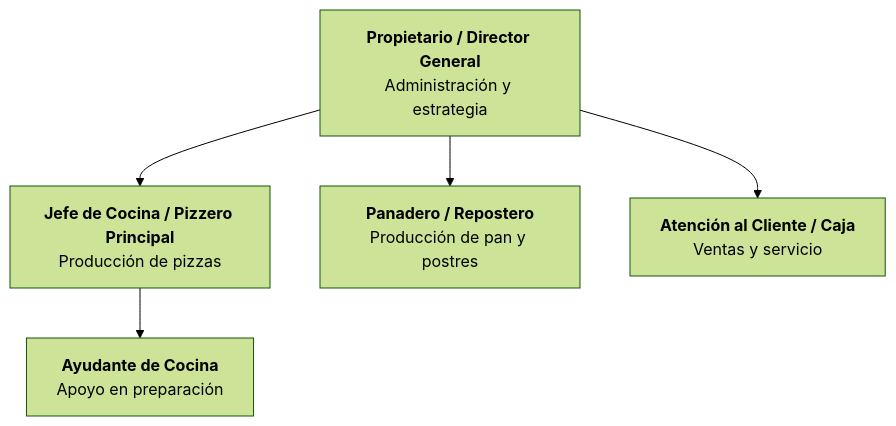
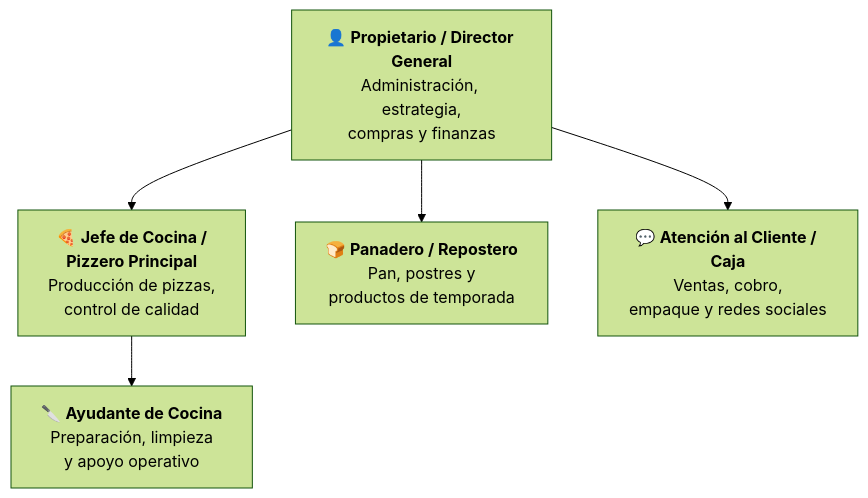
The diagram in rustico_empresa.md (HesusG/rustico), drawn with Mermaid (forest theme) before and after one commit. The commit also changed other lines of this file, not shown here.

````diff
--- a/rustico_empresa.md
+++ b/rustico_empresa.md
@@ -109,13 +255,17 @@
 ```mermaid
 graph TD
-    A["<b>Propietario / Director General</b><br>Administración y estrategia"]
-    B["<b>Jefe de Cocina / Pizzero Principal</b><br>Producción de pizzas"]
-    C["<b>Panadero / Repostero</b><br>Producción de pan y postres"]
-    D["<b>Ayudante de Cocina</b><br>Apoyo en preparación"]
-    E["<b>Atención al Cliente / Caja</b><br>Ventas y servicio"]
+    A["👤 <b>Propietario / Director General</b><br/>Administración, estrategia,<br/>compras y finanzas"]
+
+    B["🍕 <b>Jefe de Cocina /<br/>Pizzero Principal</b><br/>Producción de pizzas,<br/>control de calidad"]
+
+    C["🍞 <b>Panadero / Repostero</b><br/>Pan, postres y<br/>productos de temporada"]
+
+    D["🔪 <b>Ayudante de Cocina</b><br/>Preparación, limpieza<br/>y apoyo operativo"]
+
+    E["💬 <b>Atención al Cliente / Caja</b><br/>Ventas, cobro,<br/>empaque y redes sociales"]
 
     A --> B
     A --> C
     A --> E
     B --> D
 ```
````
